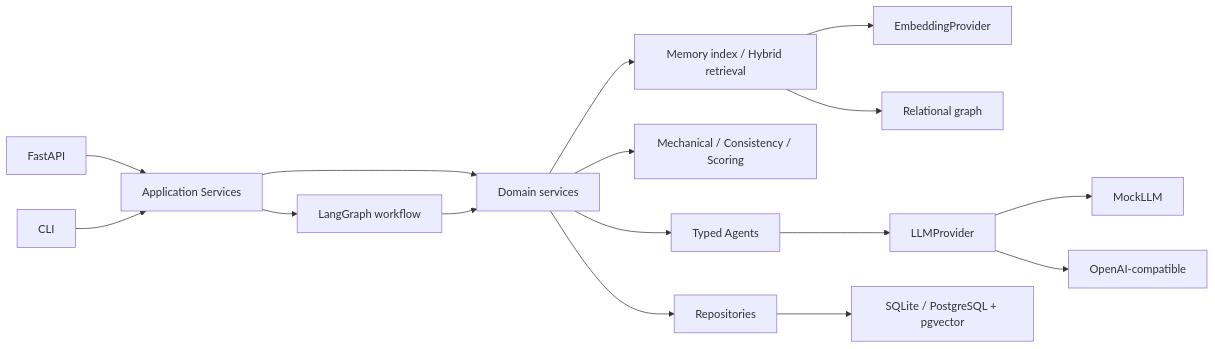
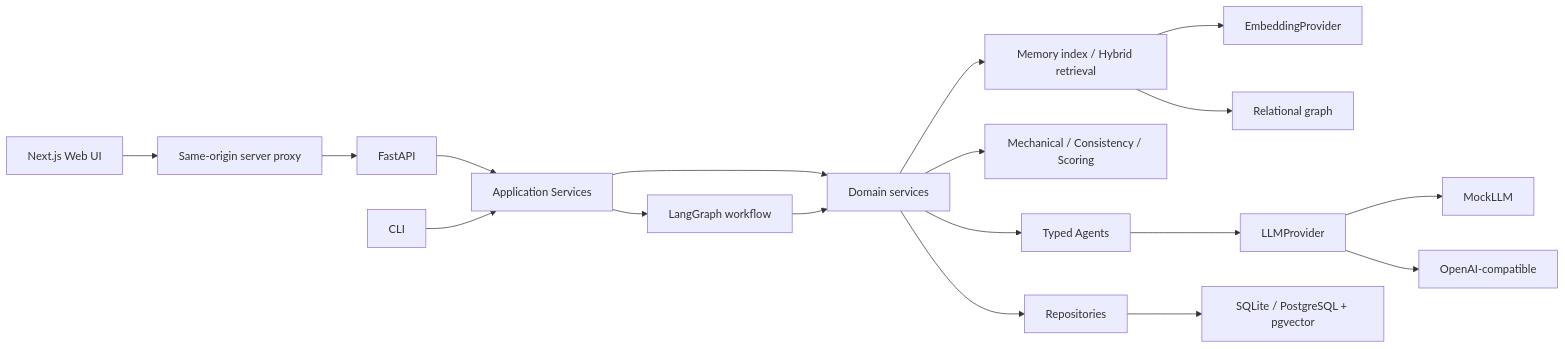
Before and after one commit to JiaoZiQ/StoryForge: the diagram in README.md, drawn with Mermaid. The commit also changed other lines of this file and 106 other files, not shown here.

````diff
--- a/README.md
+++ b/README.md
@@ -21,18 +23,20 @@
 ```mermaid
 flowchart LR
     API["FastAPI"] --> APP["Application Services"]
+    WEB["Next.js Web UI"] --> PROXY["Same-origin server proxy"]
+    PROXY --> API
     CLI["CLI"] --> APP
     APP --> FLOW["LangGraph workflow"]
     APP --> DOMAIN["Domain services"]
     FLOW --> DOMAIN
     DOMAIN --> AGENTS["Typed Agents"]
     DOMAIN --> EVAL["Mechanical / Consistency / Scoring"]
     DOMAIN --> REPO["Repositories"]
     DOMAIN --> MEMORY["Memory index / Hybrid retrieval"]
     MEMORY --> EMBED["EmbeddingProvider"]
     MEMORY --> GRAPH["Relational graph"]
     AGENTS --> LLM["LLMProvider"]
     LLM --> MOCK["MockLLM"]
     LLM --> OPENAI["OpenAI-compatible"]
     REPO --> DB["SQLite / PostgreSQL + pgvector"]
 ```
````
